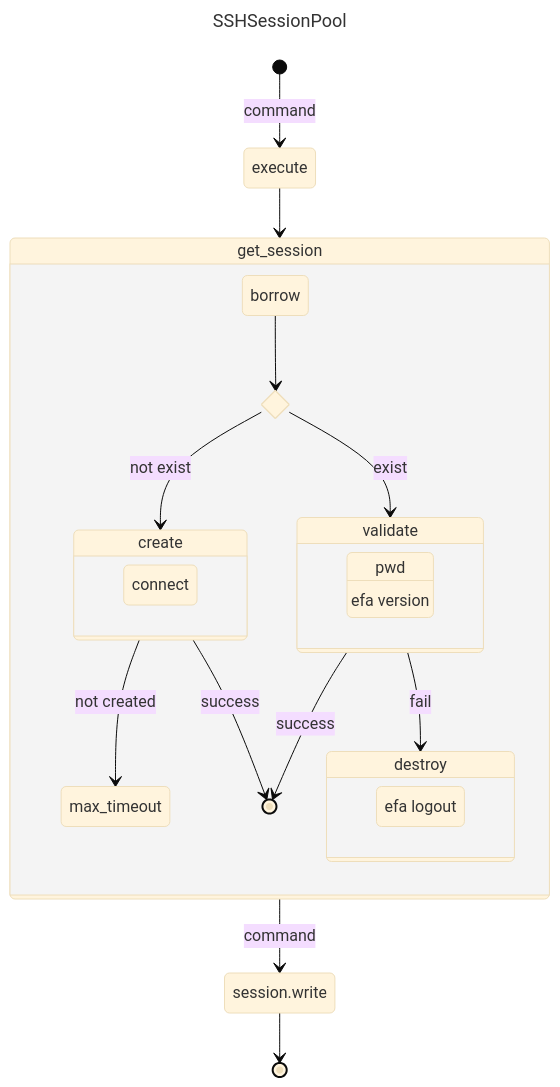
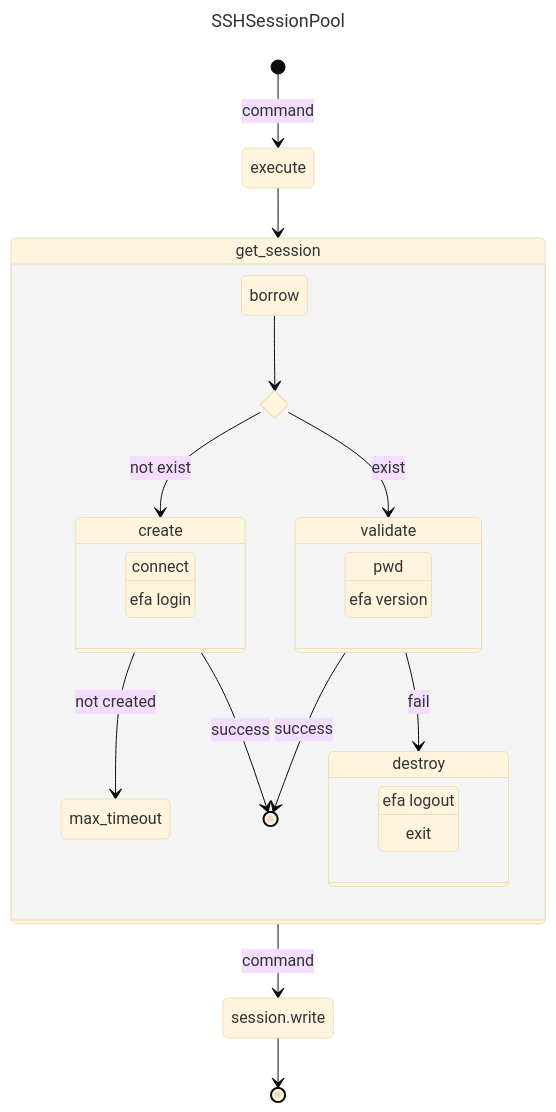
The diagram in uml.md (kyieon/SSHPool), drawn with Mermaid (base theme) before and after one commit. The commit also changed 1 other file, not shown here.

Commit message:
mermaid (2)

````diff
--- a/uml.md
+++ b/uml.md
@@ -1,46 +1,48 @@
 ```mermaid
 ---
 title: SSHSessionPool
 ---
 stateDiagram-v2
 
     classDef fail fill:#f00,color:white,font-weight:bold,stroke-width:2px,stroke:yellow
     exception:::fail:max_timeout
 
     [*] --> execute: command
     execute --> get_session
 
     state get_session {
         direction TB
 
         state if_state <<choice>>
         borrow --> if_state
         if_state --> validate: exist
         if_state --> create : not exist
         create --> exception: not created 
 
         validate --> [*]:success
         validate --> destroy: fail
         
         create --> [*]:success
     }
 
     state create {
         direction LR
         _c: connect
+        _c: efa login
     }
     state destroy {
         direction LR
         _d: efa logout
+        _d: exit
     }
 
     state validate {
         direction LR
         _v: pwd 
         _v: efa version
     }
 
 
     get_session --> session.write: command
     session.write --> [*]
 ```
````
